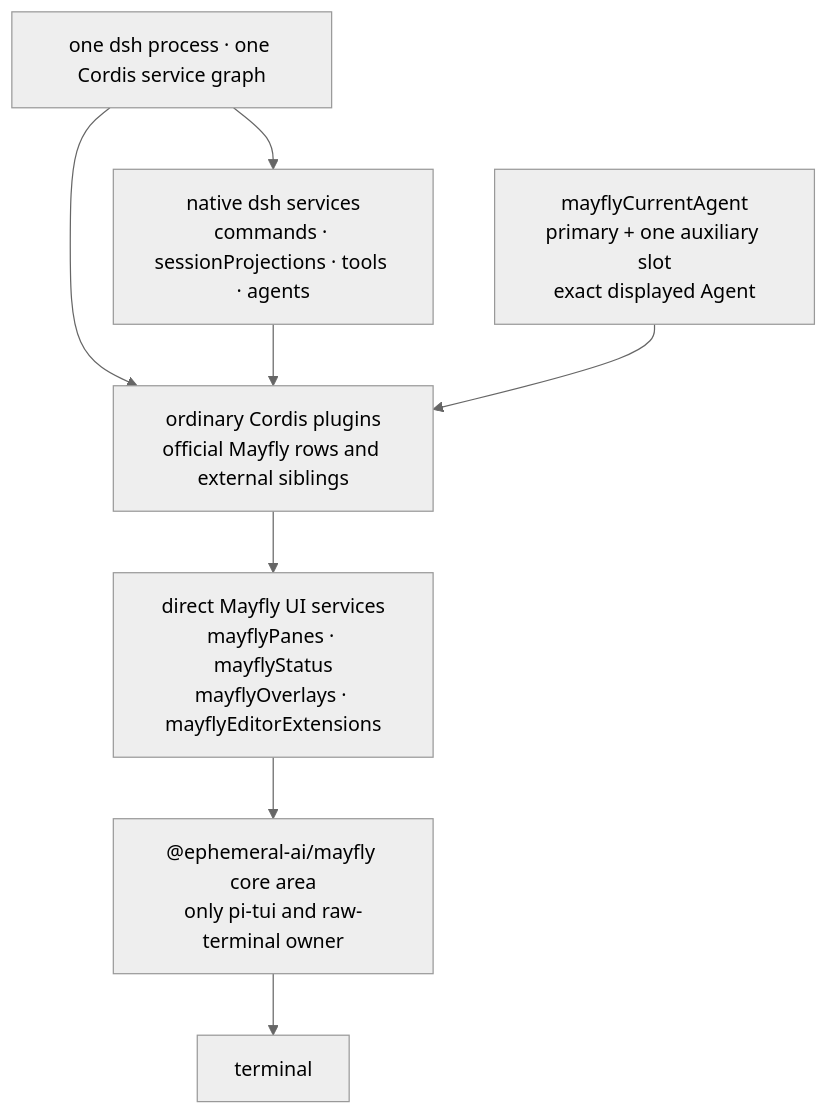
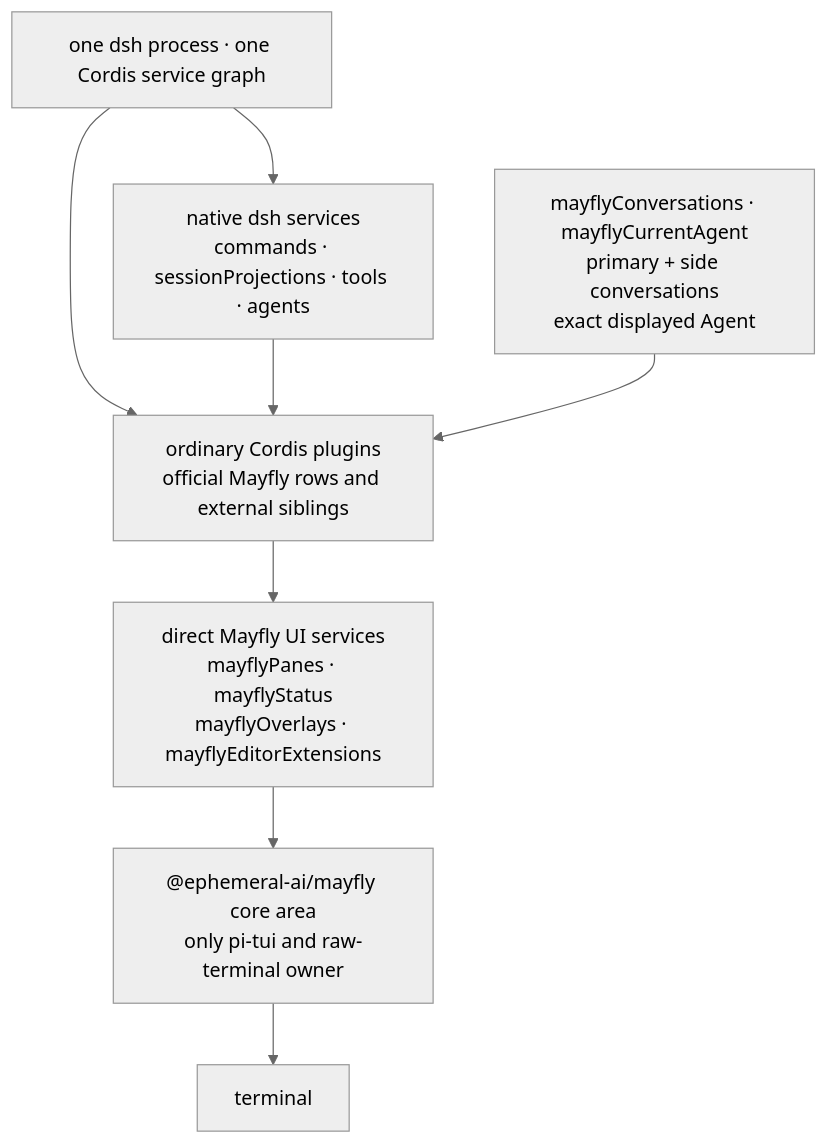
The diagram in README.md (Ephemeral-AI-Lab/mayfly), drawn with Mermaid (neutral theme) before and after one commit. The commit also changed other lines of this file and 51 other files, not shown here.

````diff
--- a/README.md
+++ b/README.md
@@ -139,18 +140,18 @@
 ```mermaid
 flowchart TB
     ROOT["one dsh process · one Cordis service graph"]
     DSH["native dsh services<br/>commands · sessionProjections · tools · agents"]
     PLUGIN["ordinary Cordis plugins<br/>official Mayfly rows and external siblings"]
-    AGENT["mayflyCurrentAgent<br/>primary + one auxiliary slot<br/>exact displayed Agent"]
+    AGENT["mayflyConversations · mayflyCurrentAgent<br/>primary + side conversations<br/>exact displayed Agent"]
     UI["direct Mayfly UI services<br/>mayflyPanes · mayflyStatus<br/>mayflyOverlays · mayflyEditorExtensions"]
     CORE["@ephemeral-ai/mayfly core area<br/>only pi-tui and raw-terminal owner"]
     TERM["terminal"]
 
     ROOT --> DSH
     ROOT --> PLUGIN
     DSH --> PLUGIN
     AGENT --> PLUGIN
     PLUGIN --> UI
     UI --> CORE
     CORE --> TERM
 ```
````
